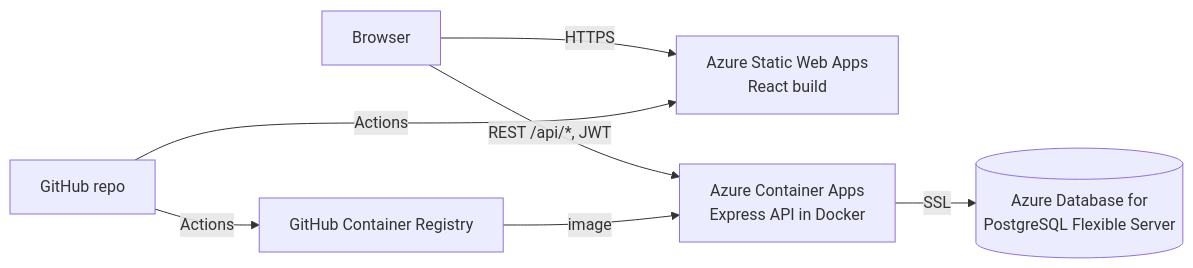
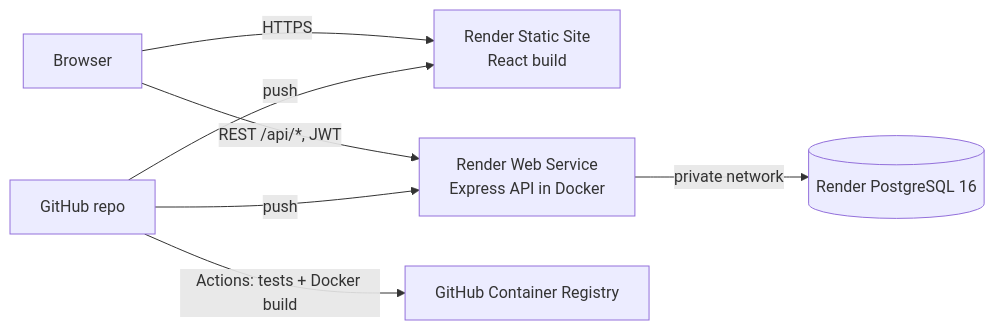
The diagram in README.md (mansi-ambwani/devconnect), drawn with Mermaid before and after one commit. The commit also changed other lines of this file and 1 other file, not shown here.

First line of the commit message:
Point website at live API, lock CORS to site, add live links to README

````diff
--- a/README.md
+++ b/README.md
@@ -37,9 +41,9 @@
 ```mermaid
 flowchart LR
-  U[Browser] -->|HTTPS| SWA[Azure Static Web Apps<br/>React build]
-  U -->|REST /api/*, JWT| ACA[Azure Container Apps<br/>Express API in Docker]
-  ACA -->|SSL| PG[(Azure Database for<br/>PostgreSQL Flexible Server)]
-  GH[GitHub repo] -->|Actions| GHCR[GitHub Container Registry]
-  GHCR -->|image| ACA
-  GH -->|Actions| SWA
+  U[Browser] -->|HTTPS| WEB[Render Static Site<br/>React build]
+  U -->|REST /api/*, JWT| API[Render Web Service<br/>Express API in Docker]
+  API -->|private network| PG[(Render PostgreSQL 16)]
+  GH[GitHub repo] -->|push| WEB
+  GH -->|push| API
+  GH -->|Actions: tests + Docker build| GHCR[GitHub Container Registry]
 ```
````
